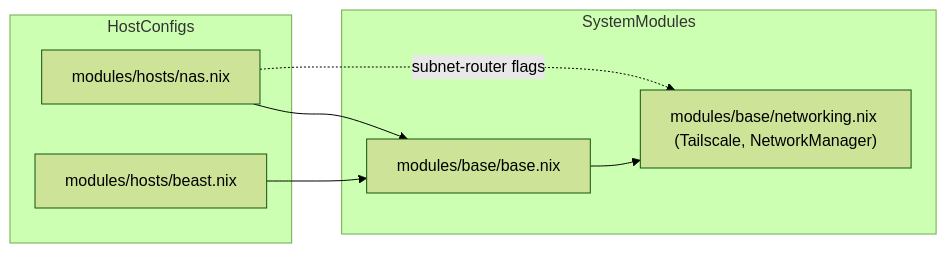
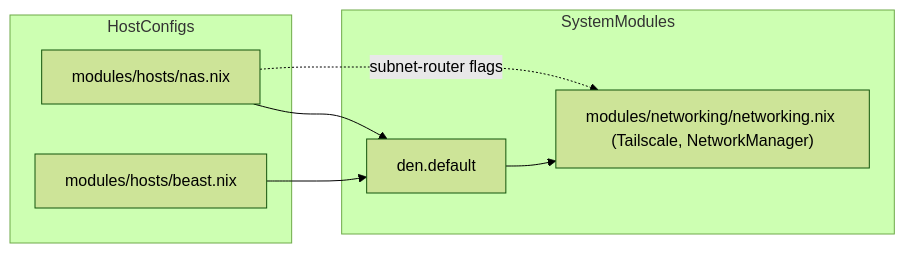
The first of 2 diagrams in docs/Networking-and-VPN.md (Cody-W-Tucker/nix-config), drawn with Mermaid (forest theme) before and after one commit. The commit also changed other lines of this file and 39 other files, not shown here.

````diff
--- a/docs/Networking-and-VPN.md
+++ b/docs/Networking-and-VPN.md
@@ -40,15 +40,15 @@
 ```mermaid
 flowchart LR
     subgraph HostConfigs
         NAS["modules/hosts/nas.nix"]
         BEAST["modules/hosts/beast.nix"]
     end
     subgraph SystemModules
-        BASE["modules/base/base.nix"]
-        NET["modules/base/networking.nix (Tailscale, NetworkManager)"]
+        BASE["den.default"]
+        NET["modules/networking/networking.nix (Tailscale, NetworkManager)"]
     end
     BASE --> NET
     NAS --> BASE
     BEAST --> BASE
     NAS -.->|"subnet-router flags"| NET
 ```
````
